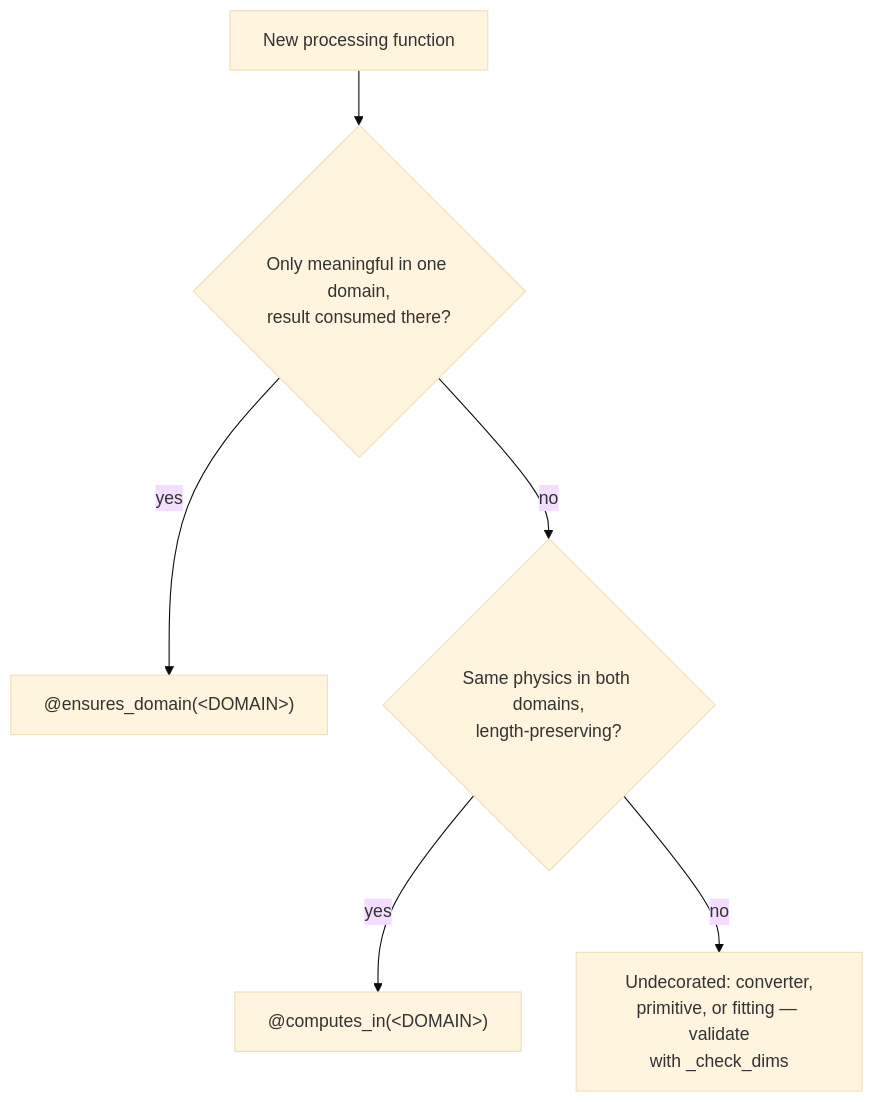
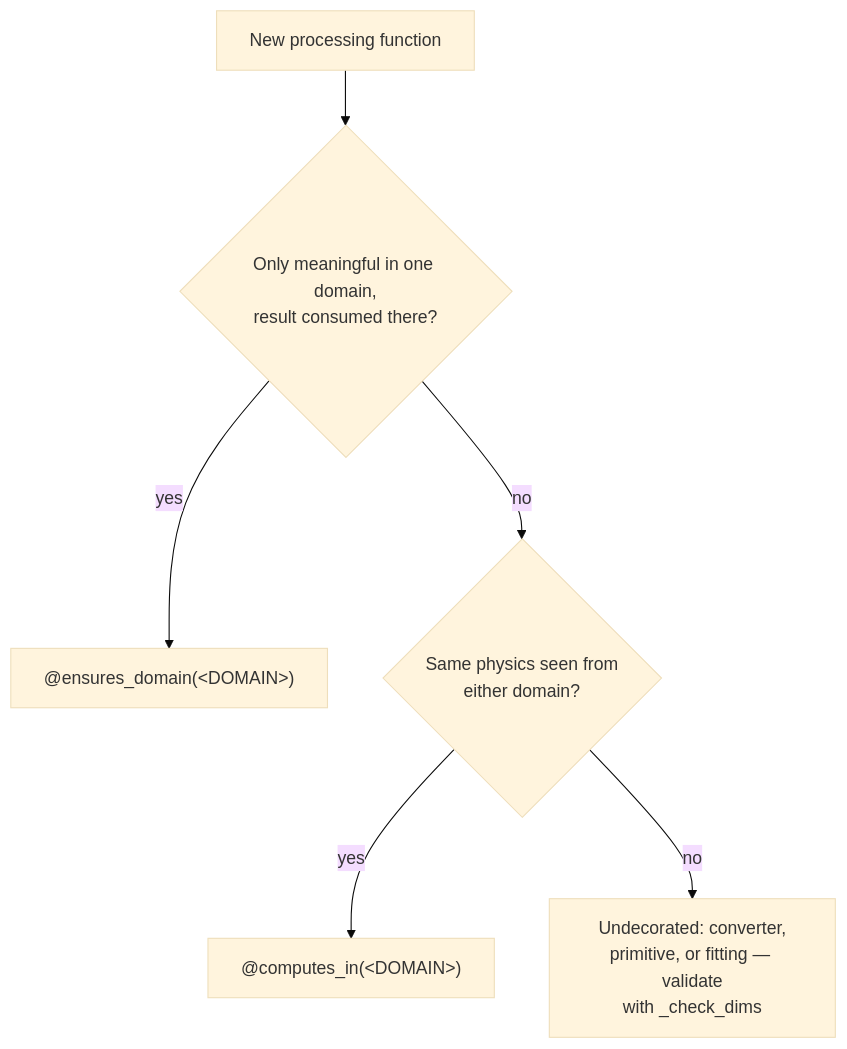
Before and after one commit to andrewendlinger/xmris: the second of 2 diagrams in docs/explanation/domains.md, drawn with Mermaid (base theme). The commit also changed other lines of this file and 7 other files, not shown here.

````diff
--- a/docs/explanation/domains.md
+++ b/docs/explanation/domains.md
@@ -181,8 +184,8 @@
 ```{mermaid}
 flowchart TD
     A[New processing function] --> B{Only meaningful in one domain,<br/>result consumed there?}
     B -- yes --> C["@ensures_domain(&lt;DOMAIN&gt;)"]
-    B -- no --> D{Same physics in both domains,<br/>length-preserving?}
+    B -- no --> D{Same physics seen from<br/>either domain?}
     D -- yes --> E["@computes_in(&lt;DOMAIN&gt;)"]
     D -- no --> F[Undecorated: converter,<br/>primitive, or fitting — validate<br/>with _check_dims]
 ```
````
